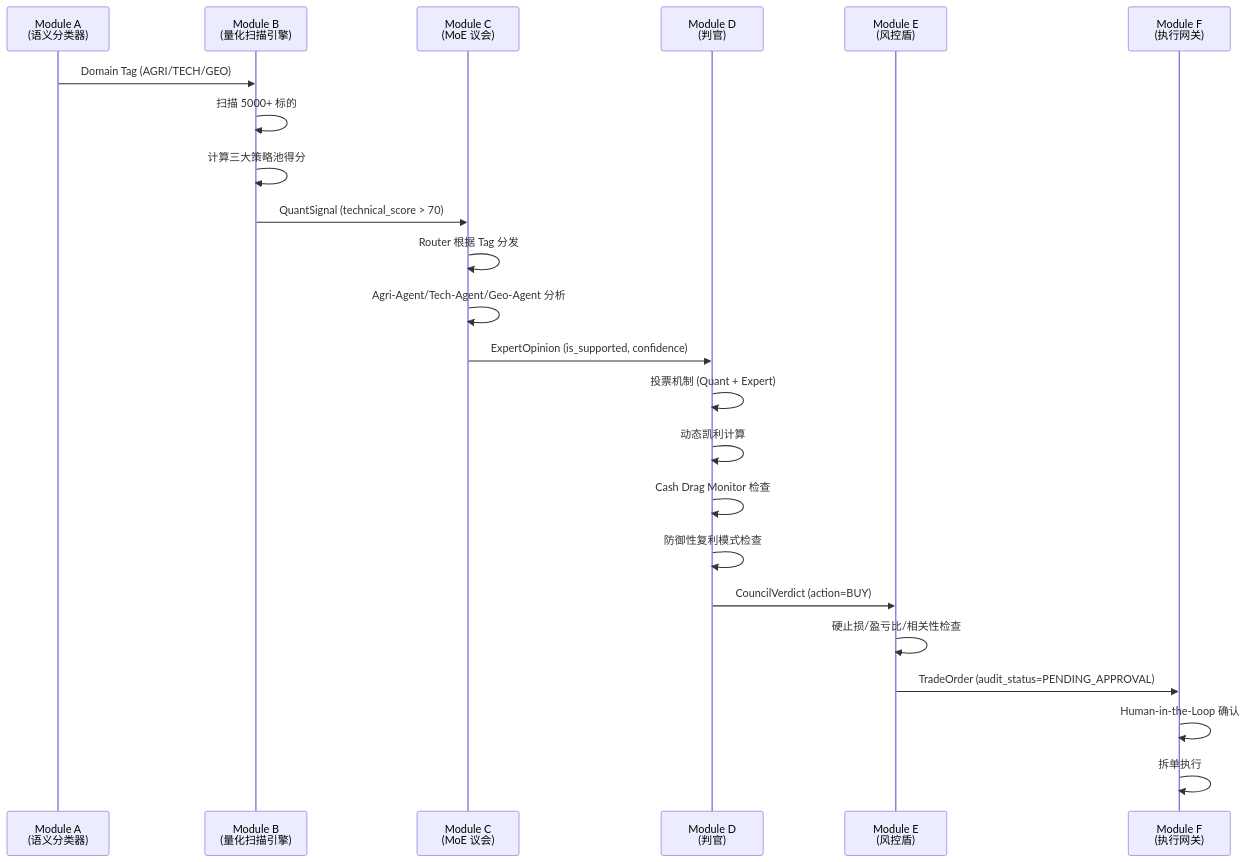
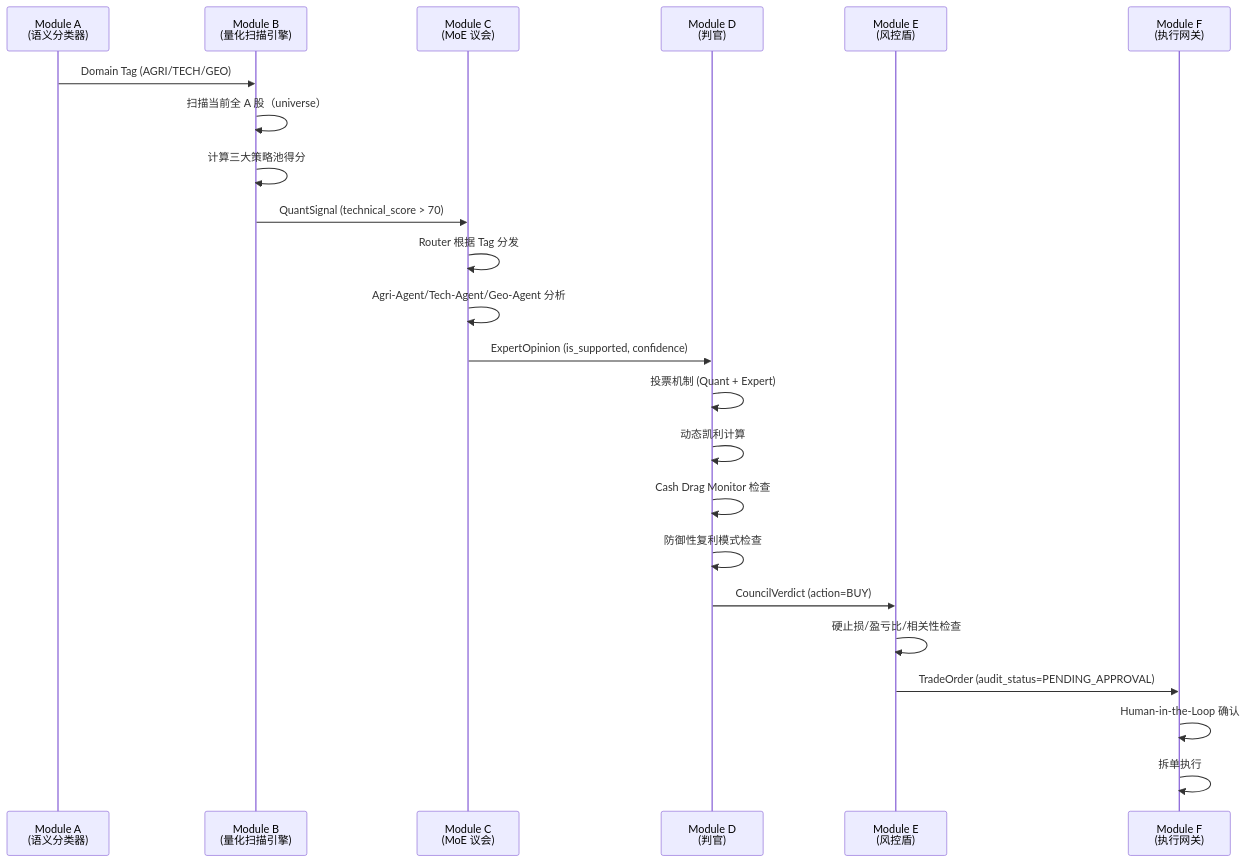
Before and after one commit to myxxhui/diting-doc: the third of 3 diagrams in 03_原子目标与规约/_共享规约/09_核心模块架构规约.md, drawn with Mermaid. The commit also changed other lines of this file and 29 other files, not shown here.

````diff
--- a/03_原子目标与规约/_共享规约/09_核心模块架构规约.md
+++ b/03_原子目标与规约/_共享规约/09_核心模块架构规约.md
@@ -989,26 +993,26 @@
 ```mermaid
 sequenceDiagram
     participant A as Module A<br/>(语义分类器)
     participant B as Module B<br/>(量化扫描引擎)
     participant C as Module C<br/>(MoE 议会)
     participant D as Module D<br/>(判官)
     participant E as Module E<br/>(风控盾)
     participant F as Module F<br/>(执行网关)
     
     A->>B: Domain Tag (AGRI/TECH/GEO)
-    B->>B: 扫描 5000+ 标的
+    B->>B: 扫描当前全 A 股（universe）
     B->>B: 计算三大策略池得分
     B->>C: QuantSignal (technical_score > 70)
     C->>C: Router 根据 Tag 分发
     C->>C: Agri-Agent/Tech-Agent/Geo-Agent 分析
     C->>D: ExpertOpinion (is_supported, confidence)
     D->>D: 投票机制 (Quant + Expert)
     D->>D: 动态凯利计算
     D->>D: Cash Drag Monitor 检查
     D->>D: 防御性复利模式检查
     D->>E: CouncilVerdict (action=BUY)
     E->>E: 硬止损/盈亏比/相关性检查
     E->>F: TradeOrder (audit_status=PENDING_APPROVAL)
     F->>F: Human-in-the-Loop 确认
     F->>F: 拆单执行
 ```
````
